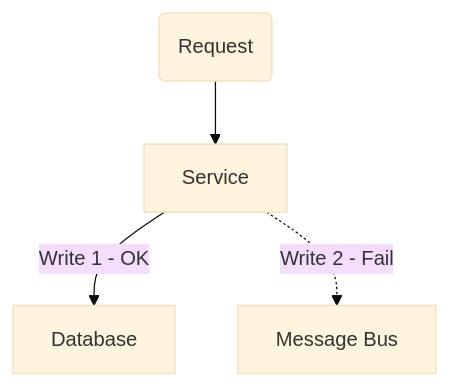
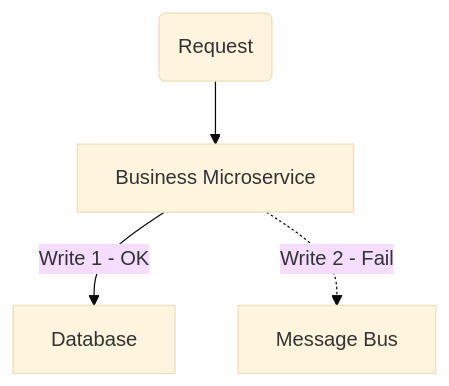
Before and after one commit to drinkbird/drinkbird.github.io: the first of 4 diagrams in _posts/blog/2019-03-27-reliable-microservices-messaging.md, drawn with Mermaid (base theme). The commit also changed other lines of this file, not shown here.

```diff
--- a/_posts/blog/2019-03-27-reliable-microservices-messaging.md
+++ b/_posts/blog/2019-03-27-reliable-microservices-messaging.md
@@ -50,6 +49,6 @@
 <div class="mermaid">
 graph TD;
     req(Request)-->svc[Service];
-    svc[Service]-- Write 1 - OK -->db[Database];
-    svc[Service]-. Write 2 - Fail .->bus[Message Bus];
+    svc[Business Microservice]-- Write 1 - OK -->db[Database];
+    svc[Business Microservice]-. Write 2 - Fail .->bus[Message Bus];
 </div>
```
